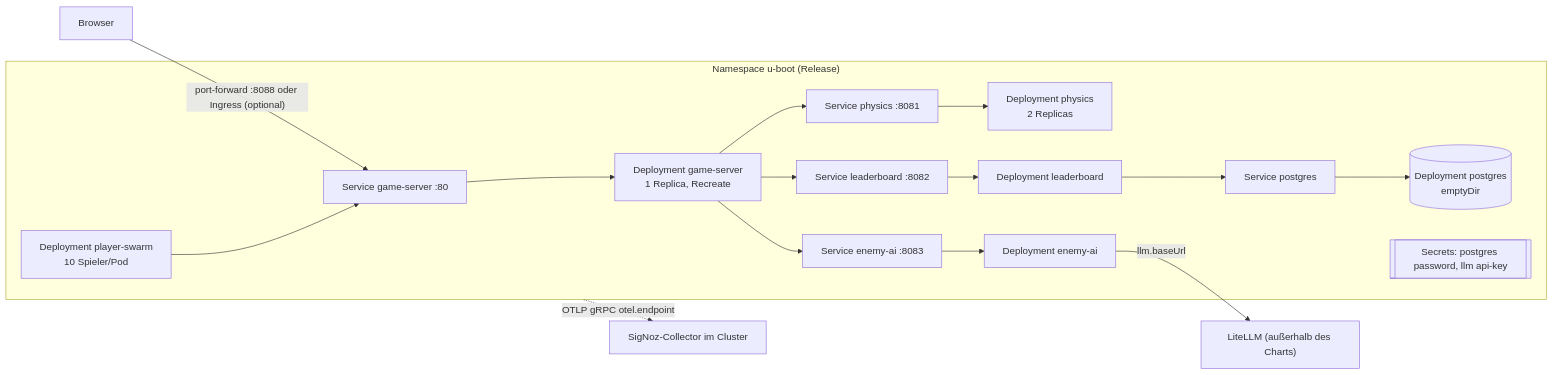
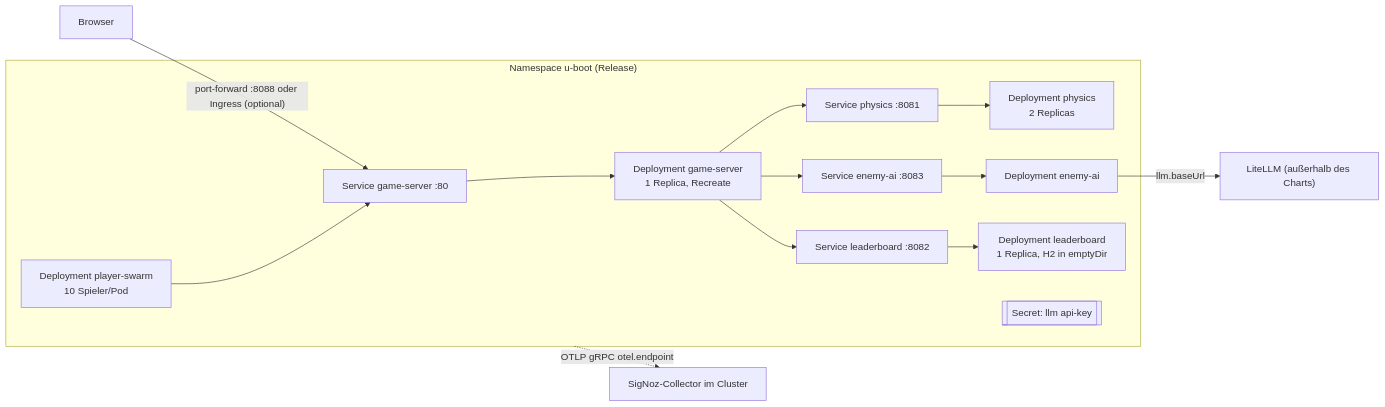
One commit to c-kaiser/u-boot-arcade changed the diagram in arc-doc/07-Verteilungssicht/07-04-Kubernetes-Helm.md. Above: the diagram before and after it, drawn with Mermaid. The commit also changed other lines of this file and 31 other files, not shown here.

First line of the commit message:
Leaderboard: H2-Datei-DB statt Postgres in allen Betriebsarten

````diff
--- a/arc-doc/07-Verteilungssicht/07-04-Kubernetes-Helm.md
+++ b/arc-doc/07-Verteilungssicht/07-04-Kubernetes-Helm.md
@@ -9,15 +9,14 @@
 ```mermaid
 flowchart LR
     U["Browser"] -- "port-forward :8088 oder Ingress (optional)" --> SGS
     subgraph NS["Namespace u-boot (Release)"]
         SGS["Service game-server :80"] --> GS["Deployment game-server<br/>1 Replica, Recreate"]
         GS --> SPH["Service physics :8081"] --> PH["Deployment physics<br/>2 Replicas"]
         GS --> SAI["Service enemy-ai :8083"] --> AI["Deployment enemy-ai"]
-        GS --> SLB["Service leaderboard :8082"] --> LB["Deployment leaderboard"]
-        LB --> SPG["Service postgres"] --> PG[("Deployment postgres<br/>emptyDir")]
+        GS --> SLB["Service leaderboard :8082"] --> LB["Deployment leaderboard<br/>1 Replica, H2 in emptyDir"]
         SW["Deployment player-swarm<br/>10 Spieler/Pod"] --> SGS
-        SEC[["Secrets: postgres password, llm api-key"]]
+        SEC[["Secret: llm api-key"]]
     end
     AI -- "llm.baseUrl" --> LL["LiteLLM (außerhalb des Charts)"]
     NS -. "OTLP gRPC otel.endpoint" .-> SZ["SigNoz-Collector im Cluster"]
 ```
````
